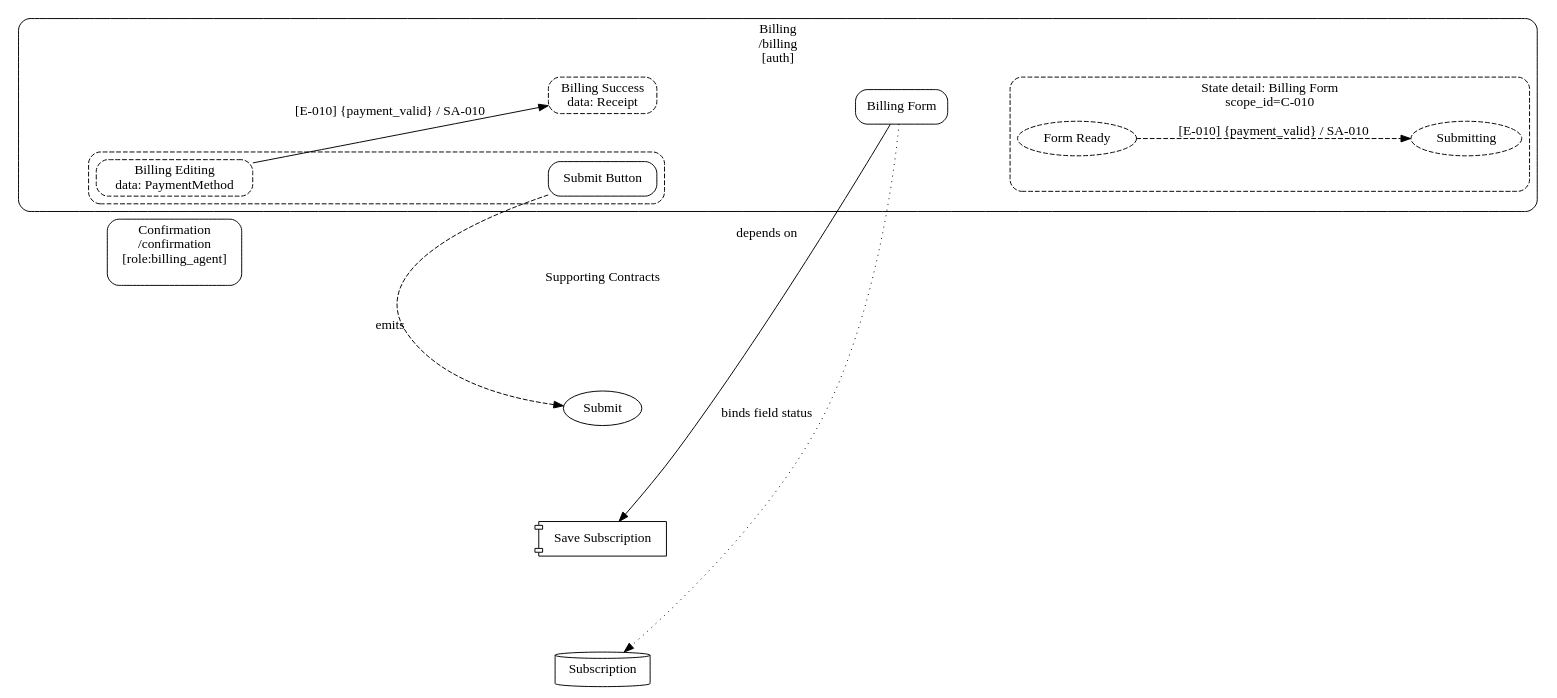
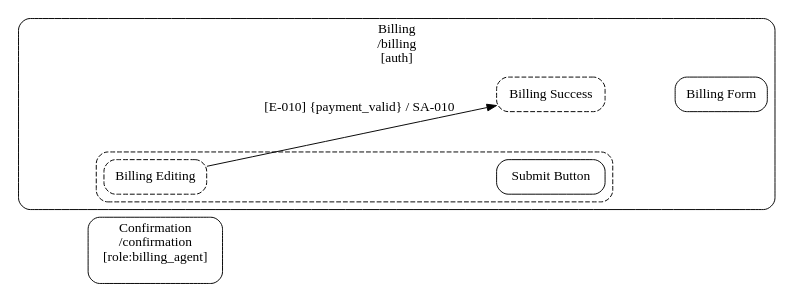
Before and after one commit to knutopia/Structured-Design-Documents: the diagram in examples/rendered/v0.1/ui_contracts_diagram_type/place_viewstate_transition_example/simple_profile/place_viewstate_transition.ui_contracts.dot, drawn with Graphviz. The commit also changed 42 other files, not shown here.

```diff
--- a/examples/rendered/v0.1/ui_contracts_diagram_type/place_viewstate_transition_example/simple_profile/place_viewstate_transition.ui_contracts.dot
+++ b/examples/rendered/v0.1/ui_contracts_diagram_type/place_viewstate_transition_example/simple_profile/place_viewstate_transition.ui_contracts.dot
@@ -1,47 +1,26 @@
 digraph ui_contracts {
   rankdir=LR;
   graph [fontname="Public Sans", compound=true, nodesep=0.7, ranksep=1.0];
   node [fontname="Public Sans"];
   edge [fontname="Public Sans"];
   subgraph cluster_P_010 {
     graph [label="Billing\n/billing\n[auth]", style="rounded"];
     "P-010__anchor" [label="", shape="point", width=0, height=0, style="invis"];
     subgraph cluster_VS_010a {
       graph [label="", style="rounded,dashed"];
-      "VS-010a" [shape="box", style="rounded,dashed", label="Billing Editing\ndata: PaymentMethod"];
+      "VS-010a" [shape="box", style="rounded,dashed", label="Billing Editing"];
       "C-011" [shape="box", style="rounded", label="Submit Button"];
     }
-    "VS-010b" [shape="box", style="rounded,dashed", label="Billing Success\ndata: Receipt"];
+    "VS-010b" [shape="box", style="rounded,dashed", label="Billing Success"];
     "C-010" [shape="box", style="rounded", label="Billing Form"];
-    subgraph cluster_secondary_state_group_C_010 {
-      graph [label="State detail: Billing Form\nscope_id=C-010", style="rounded,dashed"];
-      "ST-010a" [shape="ellipse", style="dashed", label="Form Ready"];
-      "ST-010b" [shape="ellipse", style="dashed", label="Submitting"];
-    }
   }
   subgraph cluster_P_011 {
     graph [label="Confirmation\n/confirmation\n[role:billing_agent]", style="rounded"];
     "P-011__anchor" [label="", shape="point", width=0, height=0, style="invis"];
   }
-  subgraph rank_supporting_contracts__header {
-    rank=same;
-    "supporting_contracts__header" [shape=plaintext, label="Supporting Contracts"];
-    "E-010" [shape="oval", label="Submit"];
-    "SA-010" [shape="component", label="Save Subscription"];
-    "D-010" [shape="cylinder", label="Subscription"];
-  }
   "P-010__anchor" -> "P-011__anchor" [style=invis, weight=100];
-  "P-011__anchor" -> "supporting_contracts__header" [style=invis, weight=100];
   "P-010__anchor" -> "VS-010a" [style=invis, weight=100];
   "VS-010b" -> "C-010" [style=invis, weight=100];
-  "C-010" -> "ST-010a" [style=invis, weight=100];
   "VS-010a" -> "C-011" [style=invis, weight=100];
-  "supporting_contracts__header" -> "E-010" [style=invis, weight=100];
-  "E-010" -> "SA-010" [style=invis, weight=100];
-  "SA-010" -> "D-010" [style=invis, weight=100];
-  "C-010" -> "D-010" [label="binds field status", style="dotted", constraint=false];
-  "C-010" -> "SA-010" [label="depends on", constraint=false];
-  "C-011" -> "E-010" [label="emits", style="dashed", constraint=false];
-  "ST-010a" -> "ST-010b" [label="[E-010] {payment_valid} / SA-010", style="dashed", weight=3];
   "VS-010a" -> "VS-010b" [label="[E-010] {payment_valid} / SA-010", style="solid", weight=4];
 }
```
